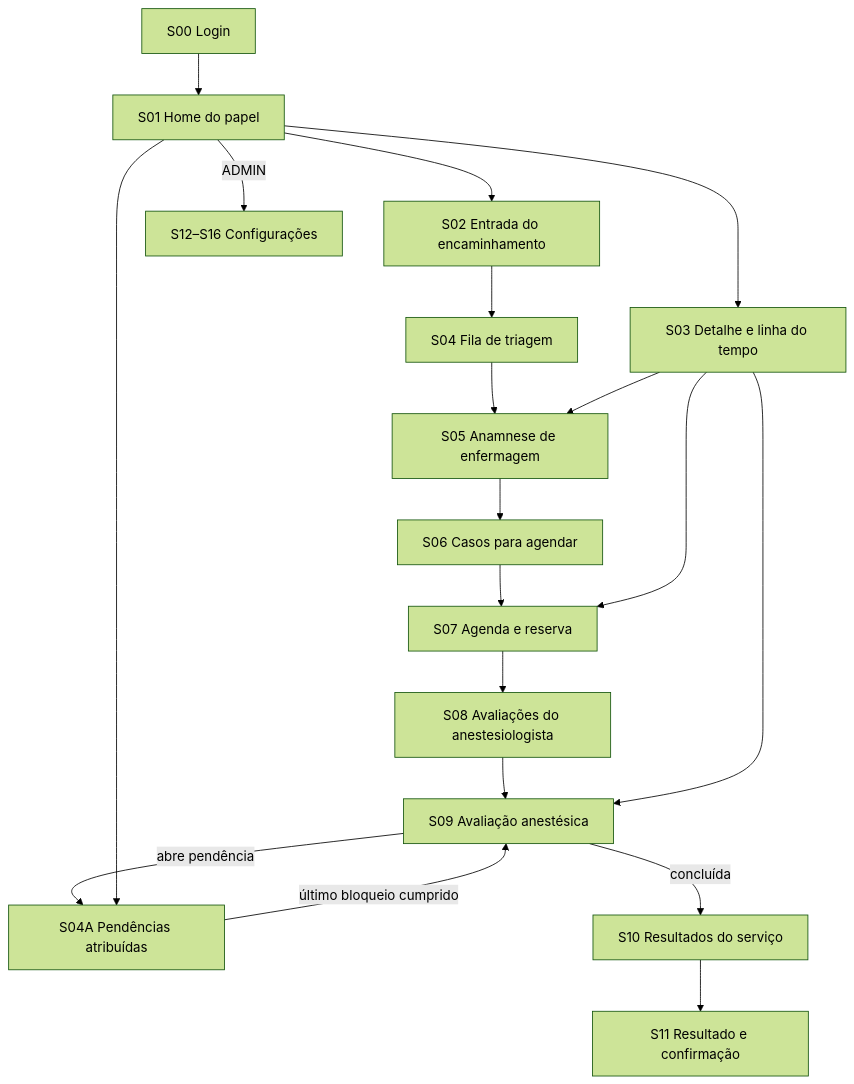
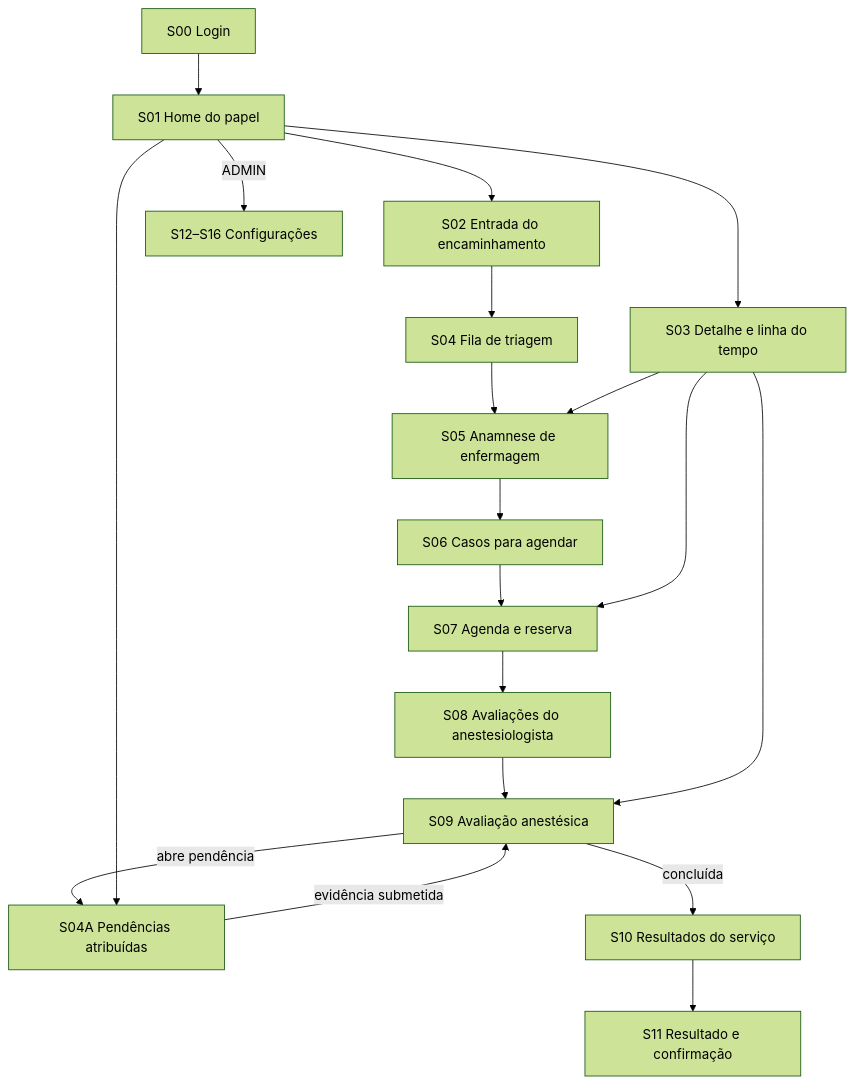
One commit to nmarcofernandess/antessala changed the first of 3 diagrams in hack/domains/ANALYST-superficies-e-configuracoes.md. Above: the diagram before and after it, drawn with Mermaid (forest theme). The commit also changed other lines of this file and 8 other files, not shown here.

````diff
--- a/hack/domains/ANALYST-superficies-e-configuracoes.md
+++ b/hack/domains/ANALYST-superficies-e-configuracoes.md
@@ -189,21 +189,21 @@
 ```mermaid
 flowchart TD
   login["S00 Login"] --> home["S01 Home do papel"]
   home --> intake["S02 Entrada do encaminhamento"]
   intake --> nursingList["S04 Fila de triagem"]
   nursingList --> triage["S05 Anamnese de enfermagem"]
   triage --> bookingList["S06 Casos para agendar"]
   bookingList --> schedule["S07 Agenda e reserva"]
   schedule --> anesthesiaList["S08 Avaliações do anestesiologista"]
   anesthesiaList --> evaluation["S09 Avaliação anestésica"]
   evaluation -->|"abre pendência"| assigned["S04A Pendências atribuídas"]
   home --> assigned
-  assigned -->|"último bloqueio cumprido"| evaluation
+  assigned -->|"evidência submetida"| evaluation
   evaluation -->|"concluída"| requester["S10 Resultados do serviço"]
   requester --> handoff["S11 Resultado e confirmação"]
   home --> caseDetail["S03 Detalhe e linha do tempo"]
   caseDetail --> triage
   caseDetail --> schedule
   caseDetail --> evaluation
   home -->|"ADMIN"| settings["S12–S16 Configurações"]
 ```
````
